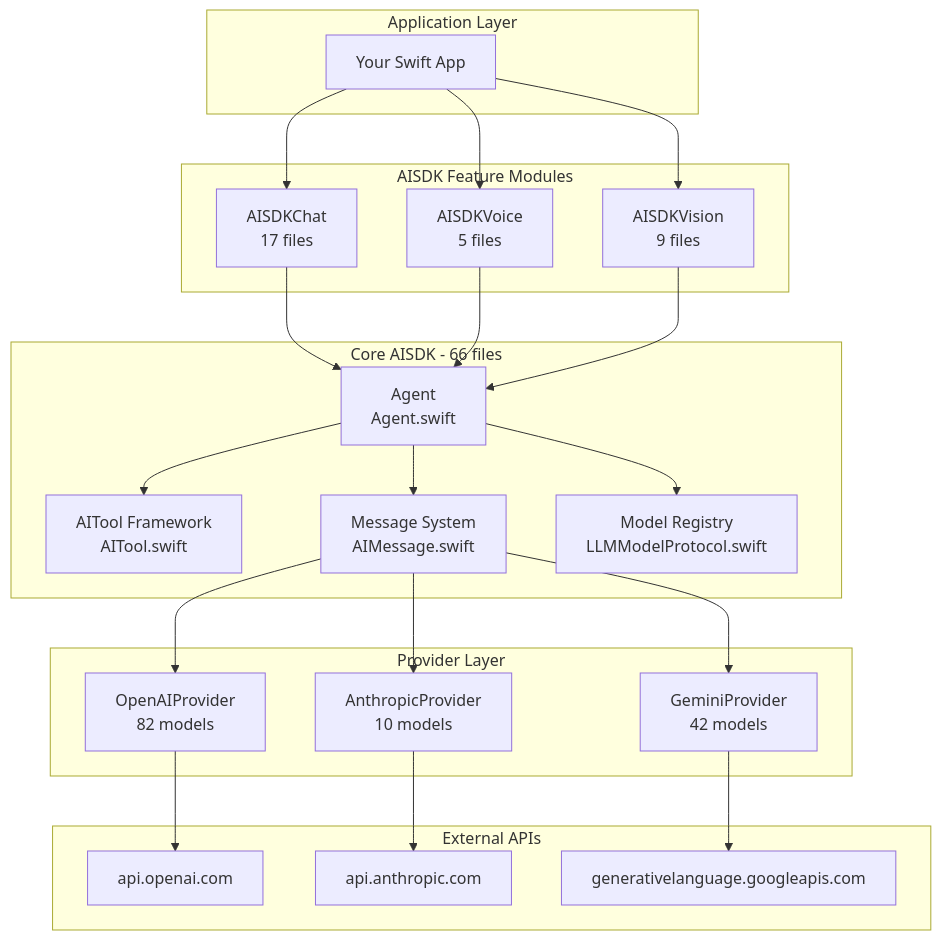
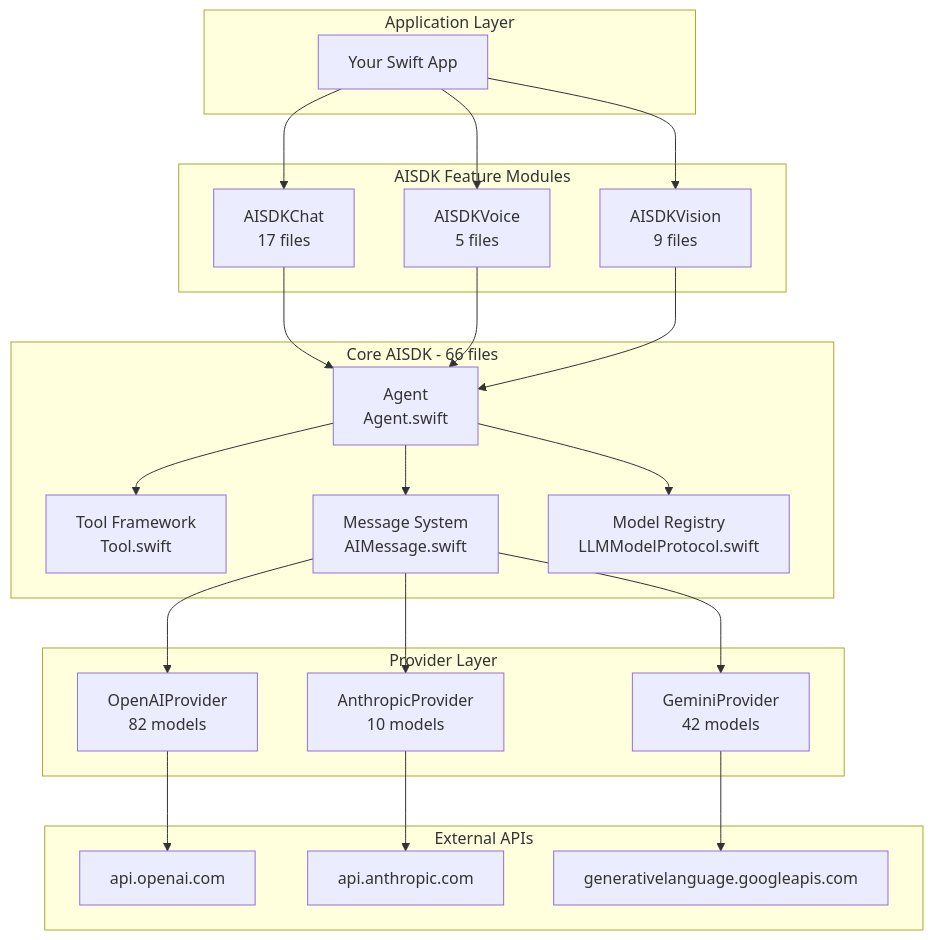
The first of 7 diagrams in docs/AISDK-ARCHITECTURE.md (DanielhCarranza/AISDK), drawn with Mermaid before and after one commit. The commit also changed other lines of this file, not shown here.

First line of the commit message:
Fix architecture doc: AITool→Tool, @AIParameter→@Parameter, MockAILanguageModel→MockLLM

````diff
--- a/docs/AISDK-ARCHITECTURE.md
+++ b/docs/AISDK-ARCHITECTURE.md
@@ -73,41 +73,41 @@
 ```mermaid
 graph TB
     subgraph "Application Layer"
         APP[Your Swift App]
     end
 
     subgraph "AISDK Feature Modules"
         CHAT[AISDKChat<br/>17 files]
         VOICE[AISDKVoice<br/>5 files]
         VISION[AISDKVision<br/>9 files]
     end
 
     subgraph "Core AISDK - 66 files"
         AGENT[Agent<br/>Agent.swift]
-        TOOLS[AITool Framework<br/>AITool.swift]
+        TOOLS[Tool Framework<br/>Tool.swift]
         MSG[Message System<br/>AIMessage.swift]
         MODELS[Model Registry<br/>LLMModelProtocol.swift]
     end
 
     subgraph "Provider Layer"
         OPENAI[OpenAIProvider<br/>82 models]
         ANTHROPIC[AnthropicProvider<br/>10 models]
         GEMINI[GeminiProvider<br/>42 models]
     end
 
     subgraph "External APIs"
         OAPI[api.openai.com]
         AAPI[api.anthropic.com]
         GAPI[generativelanguage.googleapis.com]
     end
 
     APP --> CHAT & VOICE & VISION
     CHAT & VOICE & VISION --> AGENT
     AGENT --> TOOLS
     AGENT --> MSG
     AGENT --> MODELS
     MSG --> OPENAI & ANTHROPIC & GEMINI
     OPENAI --> OAPI
     ANTHROPIC --> AAPI
     GEMINI --> GAPI
 ```
````
